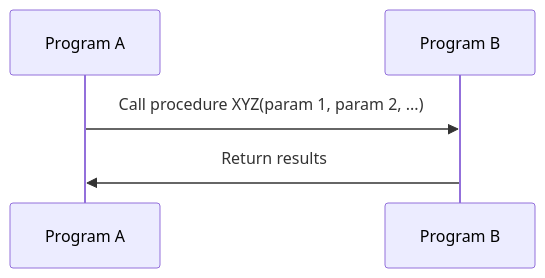
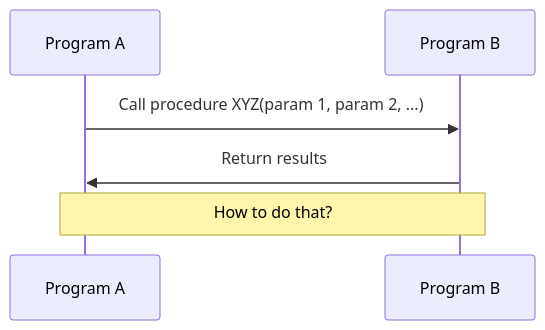
One commit to open-tutorials/cypress changed the second of 3 diagrams in tutorials/test_api.md. Above: the diagram before and after it, drawn with Mermaid. The commit also changed other lines of this file and 3 other files, not shown here.

````diff
--- a/tutorials/test_api.md
+++ b/tutorials/test_api.md
@@ -94,5 +101,6 @@
 ```mermaid
 sequenceDiagram
     Program A ->> Program B: Call procedure XYZ(param 1, param 2, ...)
     Program B ->> Program A: Return results
+    Note over Program A, Program B: How to do that?
 ```
````
